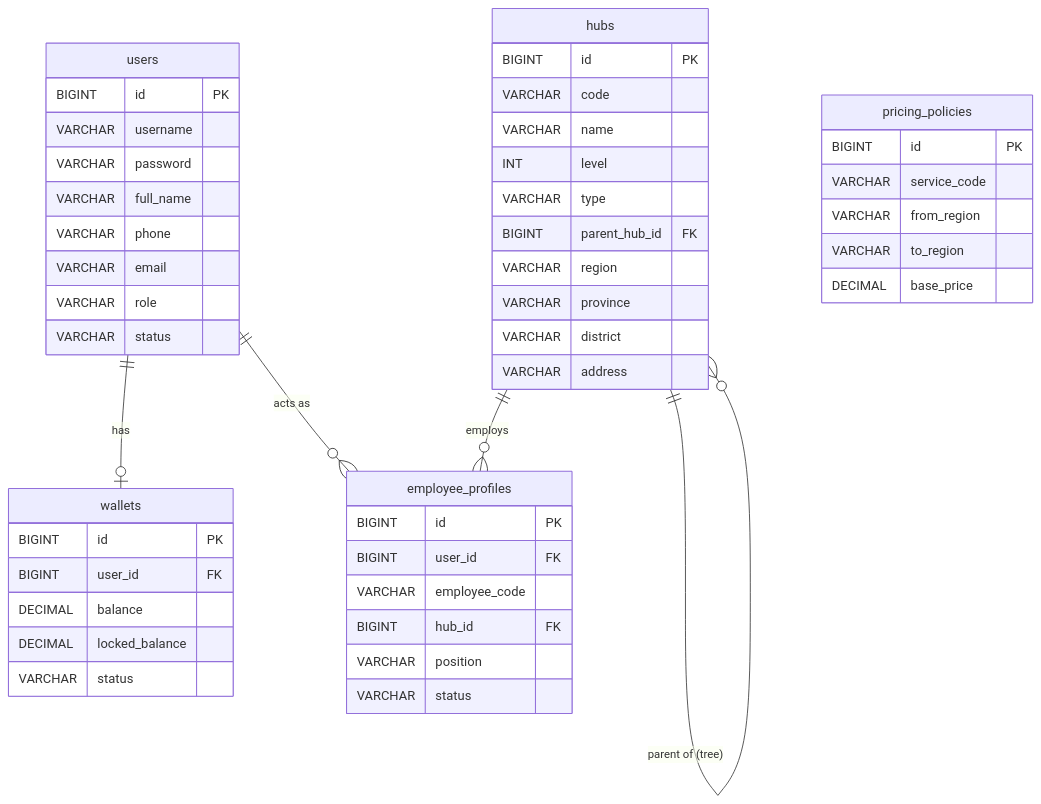
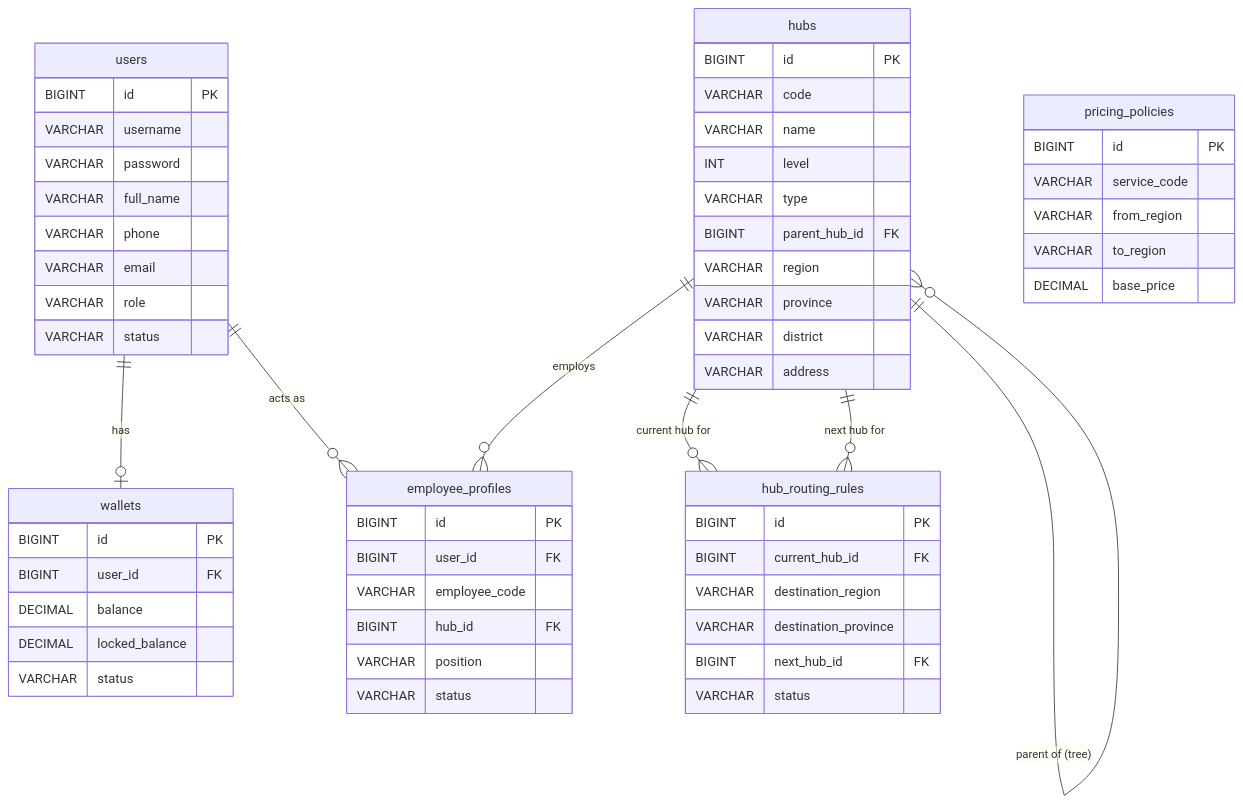
The first of 4 diagrams in docs/ERD.md (ProjectWEB-Team/Project_WEB), drawn with Mermaid before and after one commit. The commit also changed other lines of this file and 5 other files, not shown here.

Commit message:
docs: establish UTEExpress architecture baseline

````diff
--- a/docs/ERD.md
+++ b/docs/ERD.md
@@ -8,56 +10,67 @@
 ```mermaid
 erDiagram
     users {
         BIGINT id PK
         VARCHAR username
         VARCHAR password
         VARCHAR full_name
         VARCHAR phone
         VARCHAR email
         VARCHAR role
         VARCHAR status
     }
     
     wallets {
         BIGINT id PK
         BIGINT user_id FK
         DECIMAL balance
         DECIMAL locked_balance
         VARCHAR status
     }
 
     hubs {
         BIGINT id PK
         VARCHAR code
         VARCHAR name
         INT level
         VARCHAR type
         BIGINT parent_hub_id FK
         VARCHAR region
         VARCHAR province
         VARCHAR district
         VARCHAR address
     }
     
     employee_profiles {
         BIGINT id PK
         BIGINT user_id FK
         VARCHAR employee_code
         BIGINT hub_id FK
         VARCHAR position
         VARCHAR status
     }
 
     pricing_policies {
         BIGINT id PK
         VARCHAR service_code
         VARCHAR from_region
         VARCHAR to_region
         DECIMAL base_price
     }
 
+    hub_routing_rules {
+        BIGINT id PK
+        BIGINT current_hub_id FK
+        VARCHAR destination_region
+        VARCHAR destination_province
+        BIGINT next_hub_id FK
+        VARCHAR status
+    }
+
     users ||--o| wallets : "has"
     users ||--o{ employee_profiles : "acts as"
     hubs ||--o{ hubs : "parent of (tree)"
     hubs ||--o{ employee_profiles : "employs"
+    hubs ||--o{ hub_routing_rules : "current hub for"
+    hubs ||--o{ hub_routing_rules : "next hub for"
 ```
````
